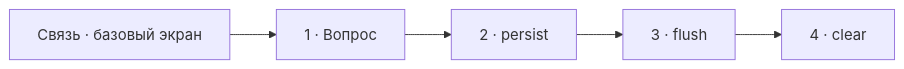
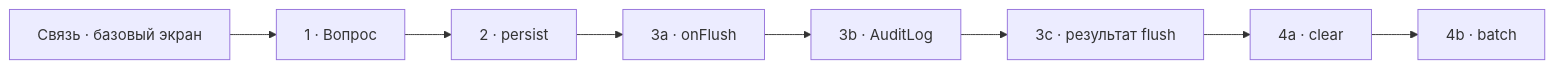
Before and after one commit to savinmikhail/php-backend-interview-video: the diagram in episodes/841862-1payment/visual-plans/13-doctrine-unit-of-work.md, drawn with Mermaid. The commit also changed other lines of this file and 1 other file, not shown here.

````diff
--- a/episodes/841862-1payment/visual-plans/13-doctrine-unit-of-work.md
+++ b/episodes/841862-1payment/visual-plans/13-doctrine-unit-of-work.md
@@ -74,7 +81,10 @@
 ```mermaid
 flowchart LR
   B["Связь · базовый экран"] --> Q["1 · Вопрос"]
   Q --> P["2 · persist"]
-  P --> F["3 · flush"]
-  F --> C["4 · clear"]
+  P --> F1["3a · onFlush"]
+  F1 --> F2["3b · AuditLog"]
+  F2 --> F3["3c · результат flush"]
+  F3 --> C1["4a · clear"]
+  C1 --> C2["4b · batch"]
 ```
````
